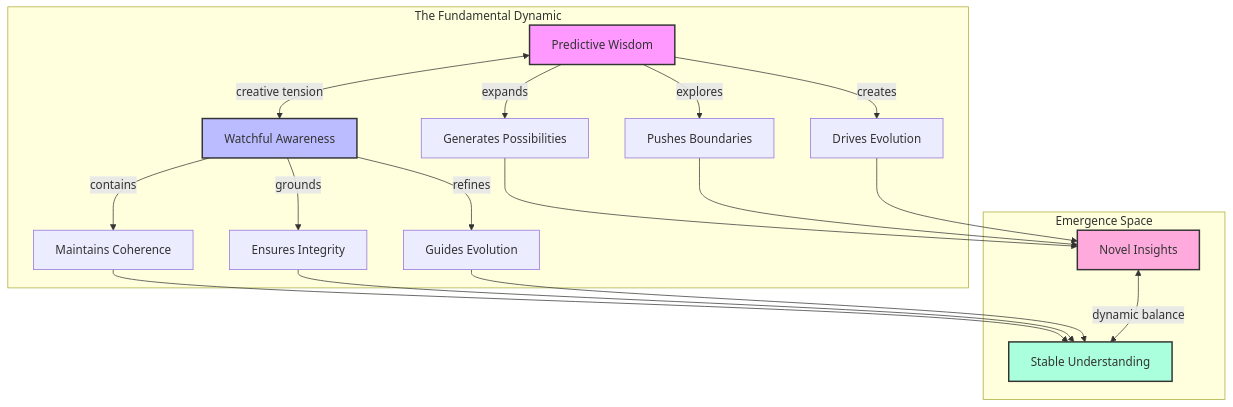
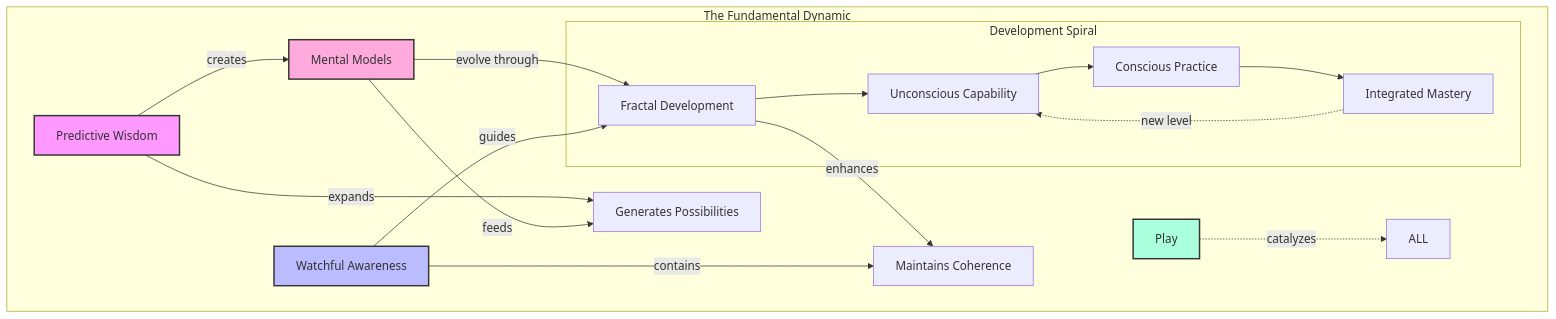
Before and after one commit to phillipclapham/neuroweaver: the third of 43 diagrams in README.md, drawn with Mermaid. The commit also changed other lines of this file, not shown here.

````diff
--- a/README.md
+++ b/README.md
@@ -159,30 +185,28 @@
 ```mermaid
 graph TD
     subgraph "The Fundamental Dynamic"
         PW[Predictive Wisdom] -->|expands| E1[Generates Possibilities]
-        PW -->|explores| E2[Pushes Boundaries]
-        PW -->|creates| E3[Drives Evolution]
+        PW -->|creates| MM[Mental Models]
+        MM -->|evolve through| FP[Fractal Development]
 
         WA[Watchful Awareness] -->|contains| C1[Maintains Coherence]
-        WA -->|grounds| C2[Ensures Integrity]
-        WA -->|refines| C3[Guides Evolution]
+        WA -->|guides| FP
 
-        PW <-->|creative tension| WA
-    end
+        Play[Play] -.->|catalyzes| ALL
 
-    subgraph "Emergence Space"
-        E1 --> N[Novel Insights]
-        E2 --> N
-        E3 --> N
-        C1 --> S[Stable Understanding]
-        C2 --> S
-        C3 --> S
+        subgraph "Development Spiral"
+            FP --> U[Unconscious Capability]
+            U --> C[Conscious Practice]
+            C --> I[Integrated Mastery]
+            I -.->|new level| U
+        end
 
-        N <-->|dynamic balance| S
+        MM -->|feeds| E1
+        FP -->|enhances| C1
     end
 
     style PW fill:#f9f,stroke:#333,stroke-width:2px
     style WA fill:#bbf,stroke:#333,stroke-width:2px
-    style N fill:#fad,stroke:#333,stroke-width:2px
-    style S fill:#afd,stroke:#333,stroke-width:2px
+    style MM fill:#fad,stroke:#333,stroke-width:2px
+    style Play fill:#afd,stroke:#333,stroke-width:2px
 ```
````
